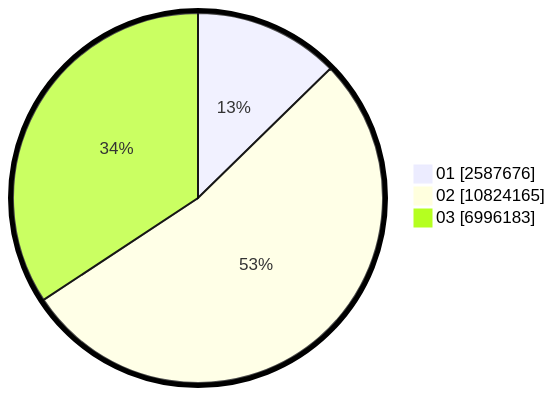
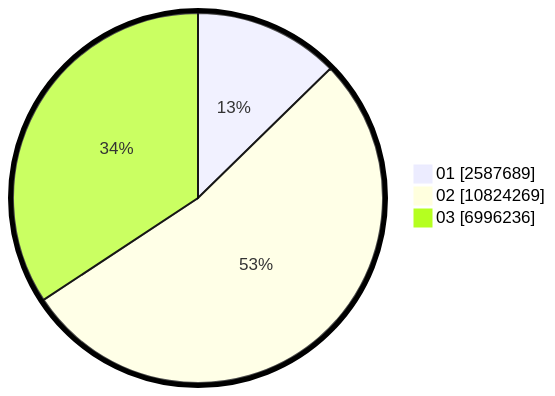
One commit to gigit-pemilu/pemilu-2024 changed the second of 2 diagrams in pilpres/hitung-suara/sub/table-wilayah-33.md. Above: the diagram before and after it, drawn with Mermaid. The commit also changed other lines of this file and 7 other files, not shown here.

````diff
--- a/pilpres/hitung-suara/sub/table-wilayah-33.md
+++ b/pilpres/hitung-suara/sub/table-wilayah-33.md
@@ -15,7 +15,7 @@
 ```mermaid
 %%{init: {"pie": {"textPosition": 0.5}, "themeVariables": {"pieOuterStrokeWidth": "5px"}} }%%
 pie showData
-    "01" : 2587676
-    "02" : 10824165
-    "03" : 6996183
+    "01" : 2587689
+    "02" : 10824269
+    "03" : 6996236
 ```
````
